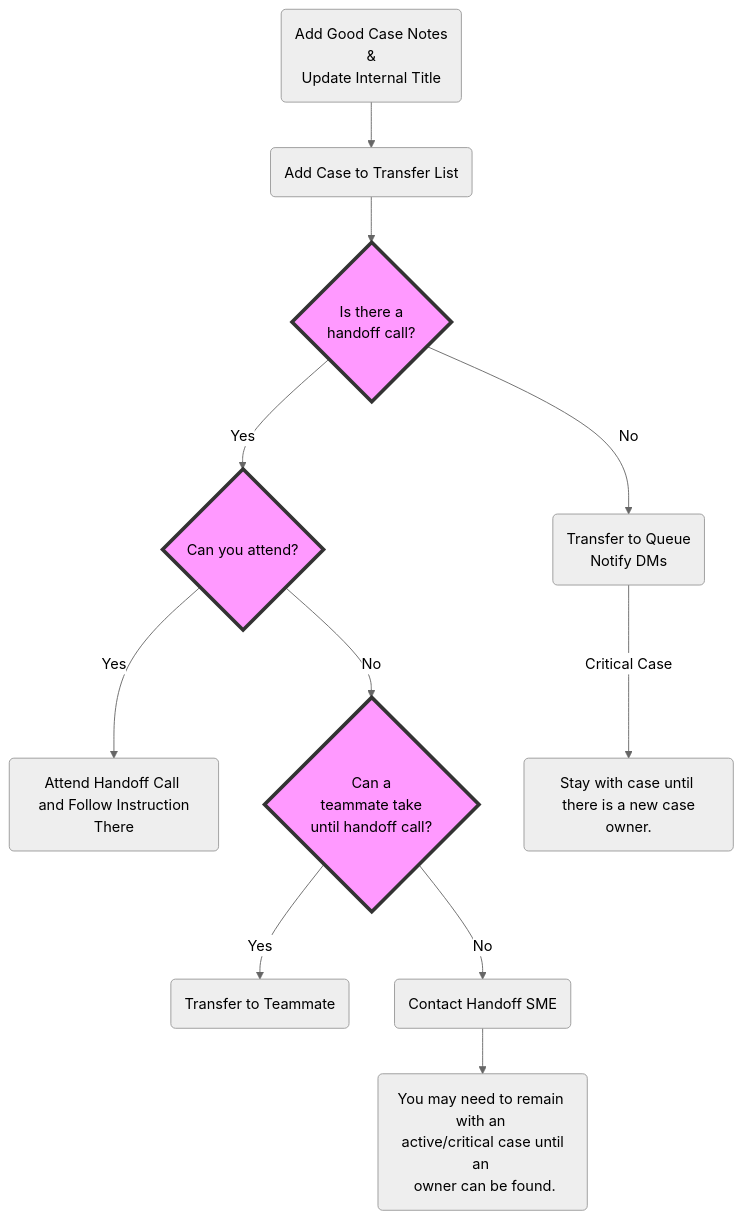
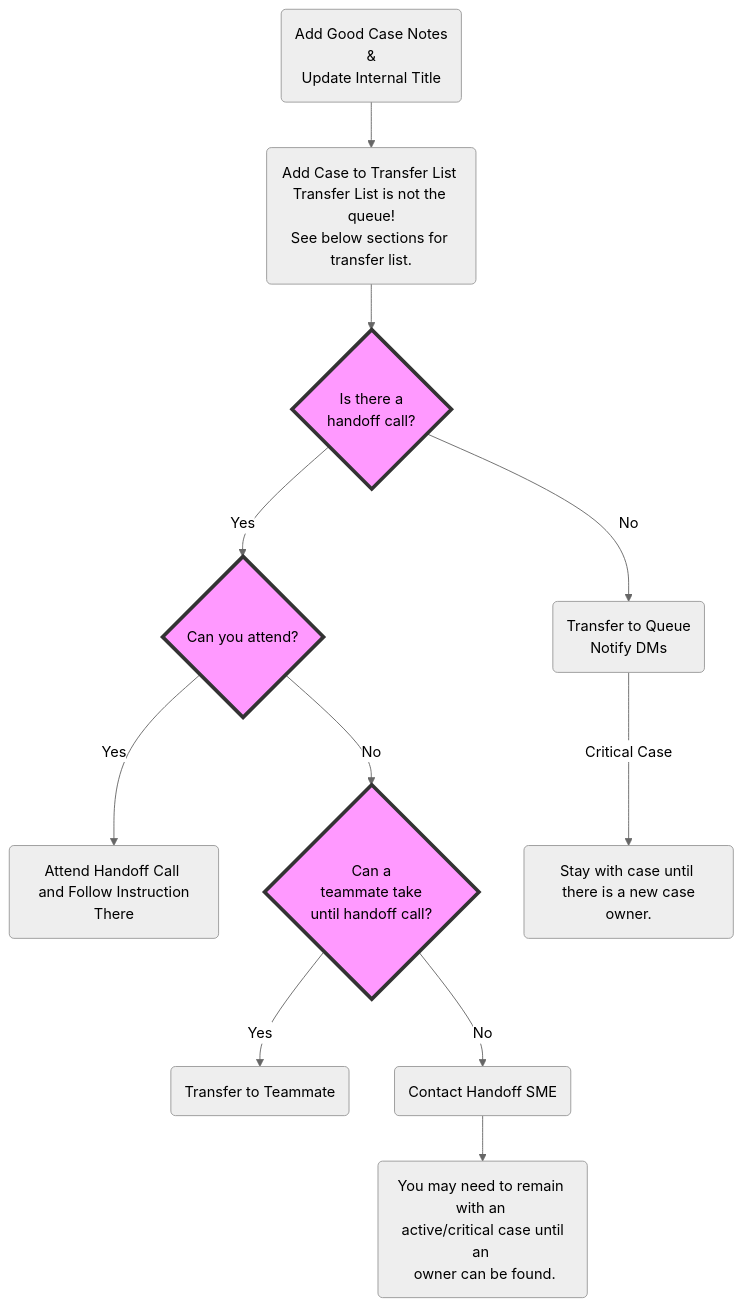
One commit to santi1s/Big-Data changed the diagram in Big-Data/Support-Engineer-Best-Practices/Case-Management/Case-Handoff-Process.md. Above: the diagram before and after it, drawn with Mermaid (neutral theme).

Commit message:
Updated Case Handoff Process

```diff
--- a/Big-Data/Support-Engineer-Best-Practices/Case-Management/Case-Handoff-Process.md
+++ b/Big-Data/Support-Engineer-Best-Practices/Case-Management/Case-Handoff-Process.md
@@ -30,16 +30,16 @@
 ::: mermaid
 graph TD
-    A(Add Good Case Notes <br> & <br> Update Internal Title) --> B(Add Case to Transfer List)
+    A(Add Good Case Notes <br> & <br> Update Internal Title) --> B(Add Case to Transfer List <br>Transfer List is not the queue!<br>See below sections for transfer list.)
     B --> C{Is there a <br> handoff call?}
     C -->|Yes| D{Can you attend?}
 D -->|Yes| F(Attend Handoff Call <br> and Follow Instruction There)
 D -->|No| I{Can a <br> teammate take <br> until handoff call?}
     C -->|No| E(Transfer to Queue <br> Notify DMs)
 E -->|Critical Case| H(Stay with case until <br> there is a new case owner.)
 I-->|Yes| J(Transfer to Teammate)
 I --> |No| K(Contact Handoff SME)
 K --> L(You may need to remain with an <br> active/critical case until an <br> owner can be found.)
     style D fill:#f9f,stroke:#333,stroke-width:4px
  style C fill:#f9f,stroke:#333,stroke-width:4px
  style I fill:#f9f,stroke:#333,stroke-width:4px
 :::
```
